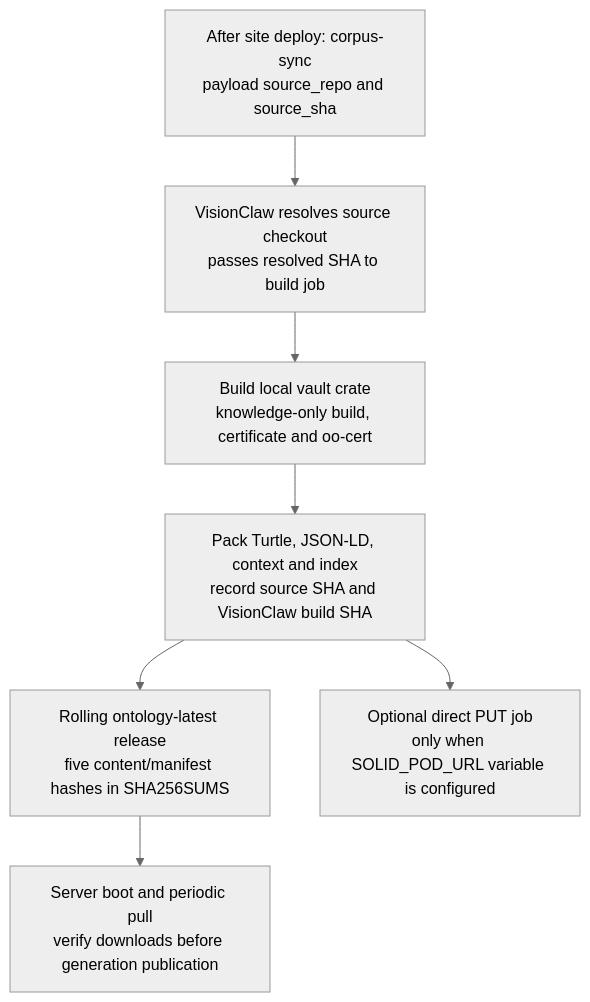
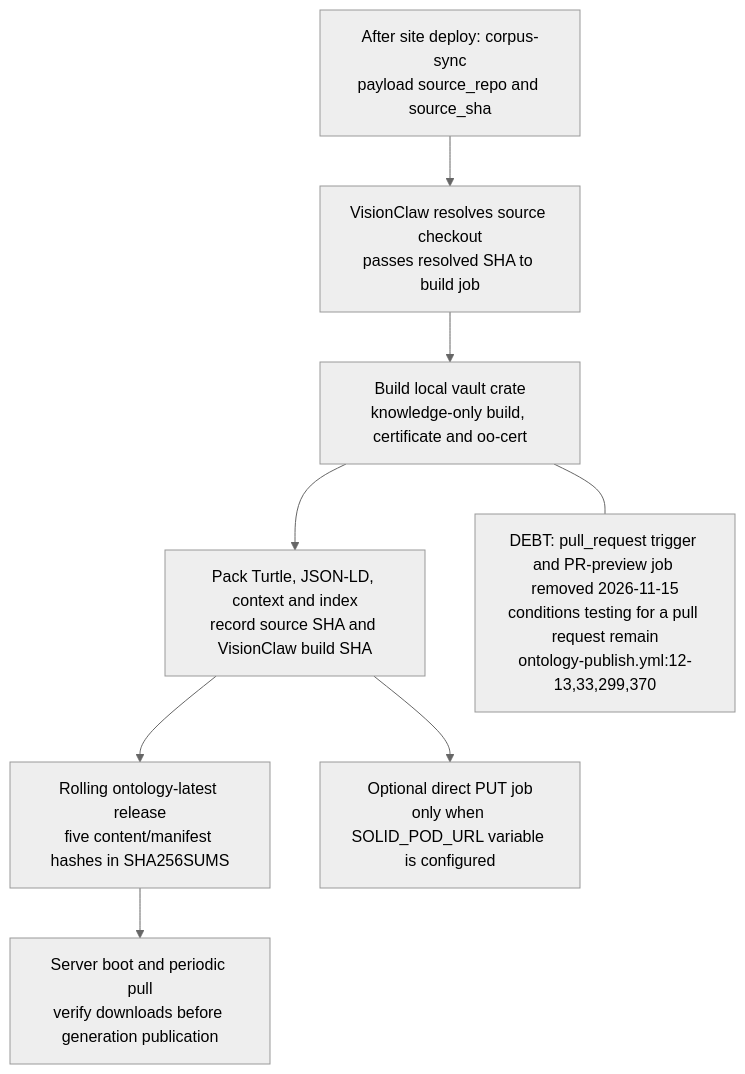
Before and after one commit to DreamLab-AI/VisionFlow: the first of 2 diagrams in docs/diagrams/visiongraph/04-downstream-contracts.md, drawn with Mermaid (neutral theme). The commit also changed other lines of this file and 70 other files, not shown here.

First line of the commit message:
docs(diagrams): re-verify 69 topics at current default-branch heads

````diff
--- a/docs/diagrams/visiongraph/04-downstream-contracts.md
+++ b/docs/diagrams/visiongraph/04-downstream-contracts.md
@@ -30,23 +30,28 @@
 ```mermaid
 flowchart TB
     EVENT["After site deploy: corpus-sync<br/>payload source_repo and source_sha"]
     SOURCE["VisionClaw resolves source checkout<br/>passes resolved SHA to build job"]
     BUILD["Build local vault crate<br/>knowledge-only build, certificate and oo-cert"]
     PACK["Pack Turtle, JSON-LD, context and index<br/>record source SHA and VisionClaw build SHA"]
     RELEASE["Rolling ontology-latest release<br/>five content/manifest hashes in SHA256SUMS"]
     PULL["Server boot and periodic pull<br/>verify downloads before generation publication"]
     PUSH["Optional direct PUT job<br/>only when SOLID_POD_URL variable is configured"]
     EVENT --> SOURCE --> BUILD --> PACK --> RELEASE --> PULL
     PACK --> PUSH
-    %% Source: visionGraph/.github/workflows/publish.yml:545
-    %% Source: project/.github/workflows/ontology-publish.yml:102
-    %% Source: project/.github/workflows/ontology-publish.yml:164
-    %% Source: project/.github/workflows/ontology-publish.yml:178
-    %% Source: project/.github/workflows/ontology-publish.yml:191
+    NOTE["DEBT: pull_request trigger and PR-preview job removed 2026-11-15<br/>conditions testing for a pull request remain<br/>ontology-publish.yml:12-13,33,299,370"]
+    BUILD --- NOTE
+    %% Source: project/.github/workflows/ontology-publish.yml:12
+    %% Source: project/.github/workflows/ontology-publish.yml:33
+    %% Source: project/.github/workflows/ontology-publish.yml:299
+    %% Source: visionGraph/.github/workflows/publish.yml:554
+    %% Source: project/.github/workflows/ontology-publish.yml:96
+    %% Source: project/.github/workflows/ontology-publish.yml:158
+    %% Source: project/.github/workflows/ontology-publish.yml:172
+    %% Source: project/.github/workflows/ontology-publish.yml:185
     %% Source: scripts/ontology/pack-pod-resources.py:116
-    %% Source: project/.github/workflows/ontology-publish.yml:320
-    %% Source: project/.github/workflows/ontology-publish.yml:376
+    %% Source: project/.github/workflows/ontology-publish.yml:314
+    %% Source: project/.github/workflows/ontology-publish.yml:370
     %% Source: src/main.rs:927
     %% Source: src/services/ontology_pull.rs:303
     %% Source: src/services/ontology_pull.rs:403
 ```
````
